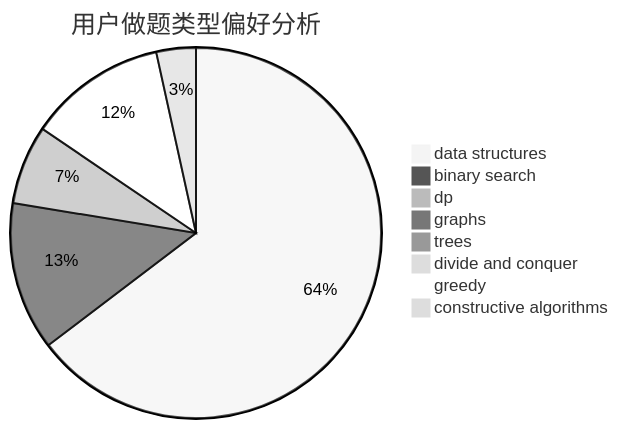
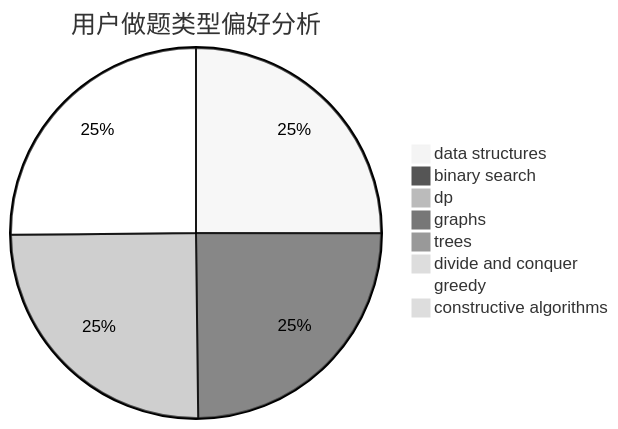
The second of 3 diagrams in docs/user/u537.md (sherpahu/cfrs.github.io), drawn with Mermaid (neutral theme) before and after one commit. The commit also changed other lines of this file and 2770 other files, not shown here.

````diff
--- a/docs/user/u537.md
+++ b/docs/user/u537.md
@@ -23,11 +23,11 @@
 ```mermaid
 pie title 用户做题类型偏好分析
-    "data structures" :  75
-    "binary search" :  15
-    "dp" :  8
-    "graphs" :  0
-    "trees" :  1
+    "data structures" :  395
+    "binary search" :  391
+    "dp" :  395
+    "graphs" :  4
+    "trees" :  0
     "divide and conquer" :  0
-    "greedy" :  14
-    "constructive algorithms" :  4
+    "greedy" :  397
+    "constructive algorithms" :  0
 ```
````
